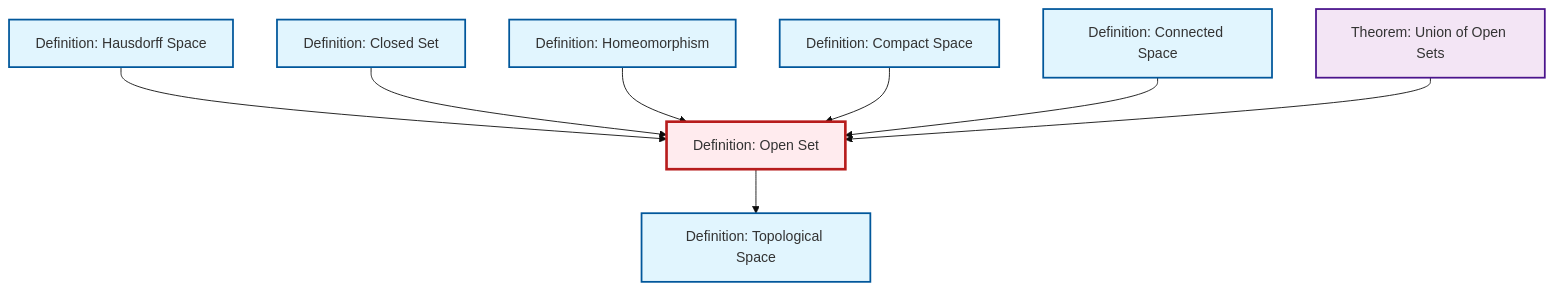
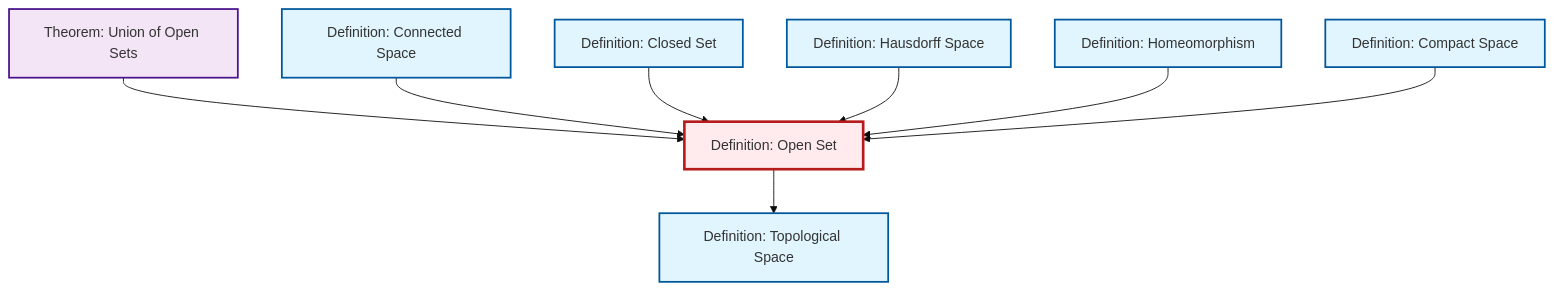
The diagram in output/mermaid/def-open-set.mermaid (RK0429/ModernMath), drawn with Mermaid (base theme) before and after one commit. The commit also changed other lines of this file and 497 other files, not shown here.

```diff
--- a/output/mermaid/def-open-set.mermaid
+++ b/output/mermaid/def-open-set.mermaid
@@ -1,23 +1,23 @@
 %%| fig-cap: "Local dependency graph"
 graph TD
     classDef definition fill:#e1f5fe,stroke:#01579b,stroke-width:2px
     classDef theorem fill:#f3e5f5,stroke:#4a148c,stroke-width:2px
     classDef axiom fill:#fff3e0,stroke:#e65100,stroke-width:2px
     classDef example fill:#e8f5e9,stroke:#1b5e20,stroke-width:2px
     classDef current fill:#ffebee,stroke:#b71c1c,stroke-width:3px
-    def-open-set["Definition: Open Set"]:::definition
-    def-topological-space["Definition: Topological Space"]:::definition
-    def-closed-set["Definition: Closed Set"]:::definition
     def-hausdorff["Definition: Hausdorff Space"]:::definition
     def-compact["Definition: Compact Space"]:::definition
+    def-closed-set["Definition: Closed Set"]:::definition
     def-homeomorphism["Definition: Homeomorphism"]:::definition
+    def-topological-space["Definition: Topological Space"]:::definition
+    thm-union-open-sets["Theorem: Union of Open Sets"]:::theorem
     def-connected["Definition: Connected Space"]:::definition
-    thm-union-open-sets["Theorem: Union of Open Sets"]:::theorem
+    def-open-set["Definition: Open Set"]:::definition
+    thm-union-open-sets --> def-open-set
+    def-connected --> def-open-set
+    def-closed-set --> def-open-set
+    def-open-set --> def-topological-space
     def-hausdorff --> def-open-set
-    def-closed-set --> def-open-set
     def-homeomorphism --> def-open-set
     def-compact --> def-open-set
-    def-open-set --> def-topological-space
-    def-connected --> def-open-set
-    thm-union-open-sets --> def-open-set
     class def-open-set current
```
